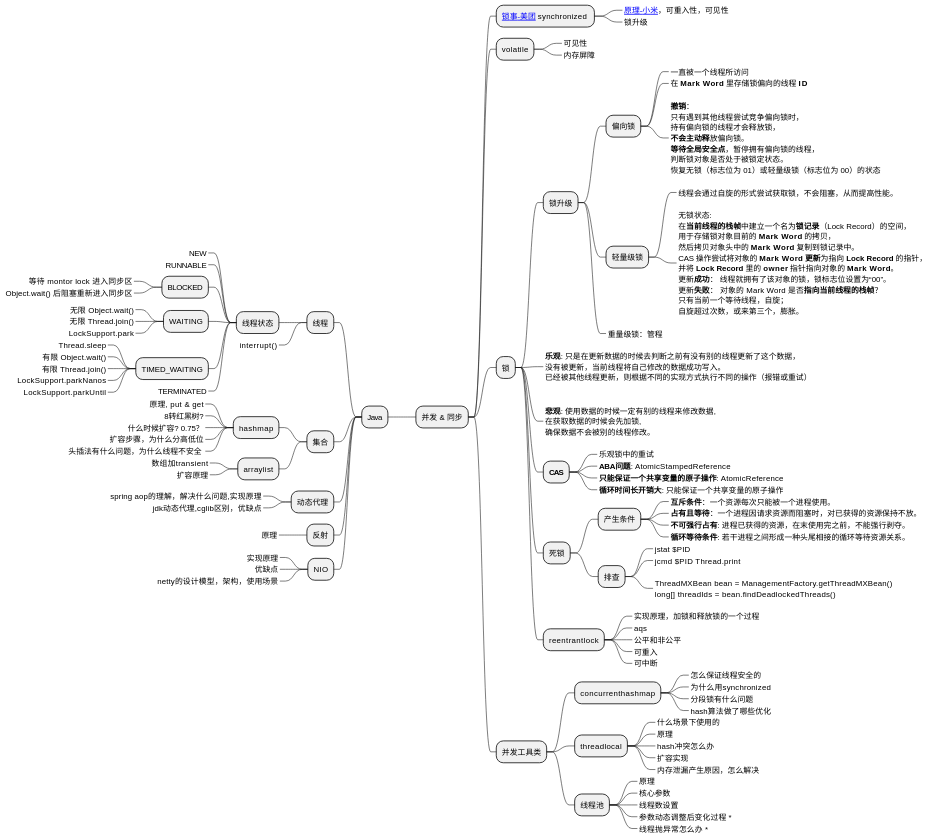
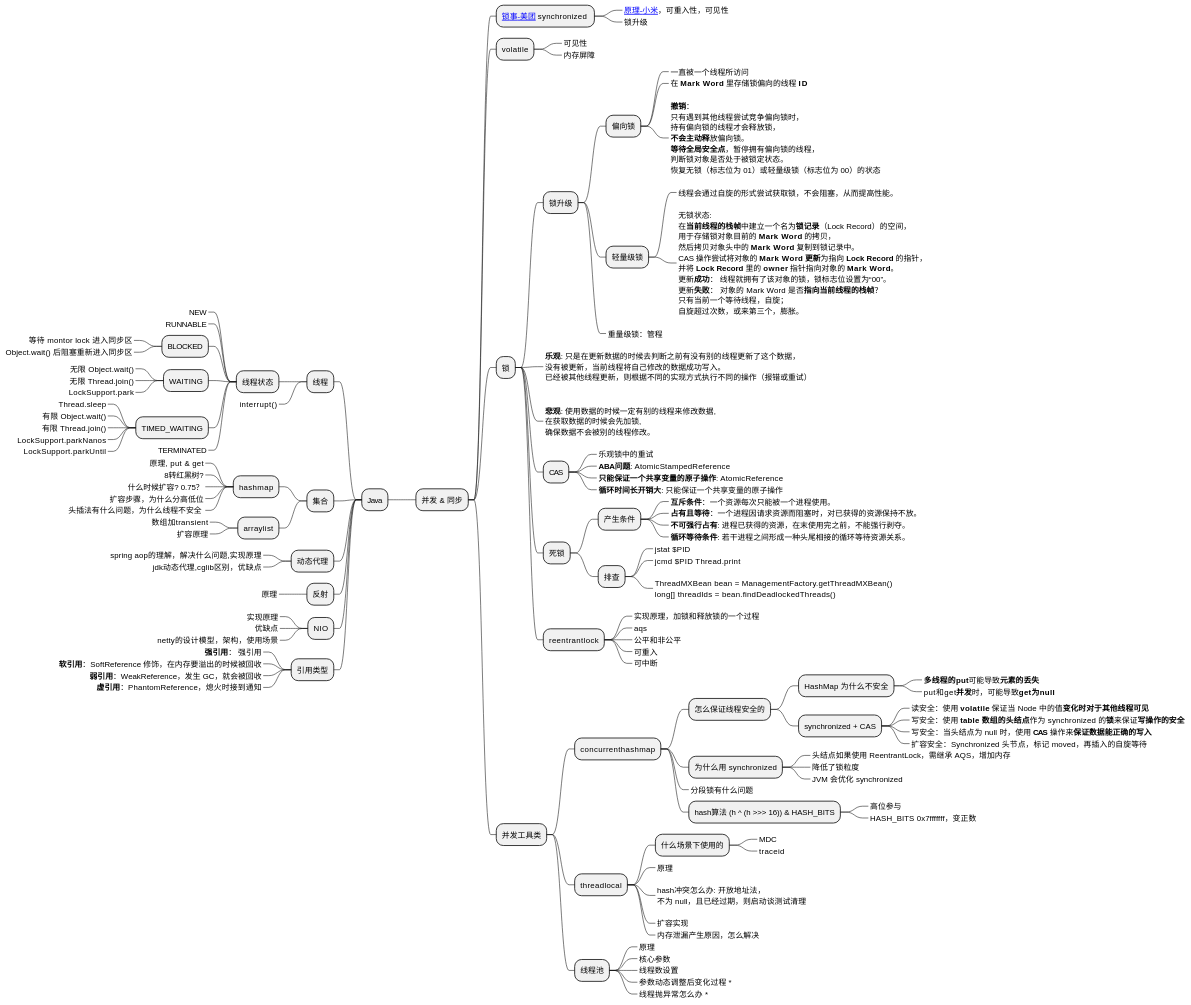
Before and after one commit to Gh0st99/Gh0st99.github.io: the first of 11 diagrams in _posts/2021-05-27-查漏补缺.md, drawn with PlantUML. The commit also changed 1 other file, not shown here.

Commit message:
查漏补缺

````diff
--- a/_posts/2021-05-27-查漏补缺.md
+++ b/_posts/2021-05-27-查漏补缺.md
@@ -63,7 +63,7 @@
 在获取数据的时候会先加锁,
 确保数据不会被别的线程修改。
 ;
-**** **CAS**
+**** CAS
 *****_ 乐观锁中的重试
 *****_ **ABA问题**: AtomicStampedReference
 *****_ **只能保证一个共享变量的原子操作**: AtomicReference
@@ -88,16 +88,36 @@
 *****_ 可重入
 *****_ 可中断
 
+
 *** 并发工具类
 **** concurrenthashmap
-*****_ 怎么保证线程安全的
-*****_ 为什么用synchronized
+***** 怎么保证线程安全的
+****** HashMap 为什么不安全
+*******_ **多线程的put**可能导致**元素的丢失**
+*******_ put和get**并发**时，可能导致**get为null**
+****** synchronized + CAS
+*******_ 读安全：使用 **volatile** 保证当 Node 中的值**变化时对于其他线程可见**
+*******_ 写安全：使用 **table 数组的头结点**作为 synchronized 的**锁**来保证**写操作的安全**
+*******_ 写安全：当头结点为 null 时，使用 **CAS** 操作来**保证数据能正确的写入**
+*******_ 扩容安全：Synchronized 头节点，标记 moved，再插入的自旋等待
+***** 为什么用 synchronized
+******_ 头结点如果使用 ReentrantLock，需继承 AQS，增加内存
+******_ 降低了锁粒度
+******_ JVM 会优化 synchronized
 *****_ 分段锁有什么问题
-*****_ hash算法做了哪些优化
+***** hash算法 (h ^ (h >>> 16)) & HASH_BITS
+******_ 高位参与
+******_ HASH_BITS 0x7fffffff，变正数
+
 **** threadlocal
-*****_ 什么场景下使用的
+***** 什么场景下使用的
+******_ MDC
+******_ traceid
 *****_ 原理
-*****_ hash冲突怎么办
+*****_: 
+hash冲突怎么办: 开放地址法，
+不为 null，且已经过期，则启动谈测试清理
+;
 *****_ 扩容实现
 *****_ 内存泄漏产生原因，怎么解决
 **** 线程池
@@ -157,5 +177,11 @@
 ***_ 优缺点
 ***_ netty的设计模型，架构，使用场景
 
+** 引用类型
+***_ **强引用**： 强引用
+***_ **软引用**：SoftReference 修饰，在内存要溢出的时候被回收
+***_ **弱引用**：WeakReference，发生 GC，就会被回收
+***_ **虚引用**：PhantomReference，熄火时接到通知
+
 @endmindmap
 ```
````
